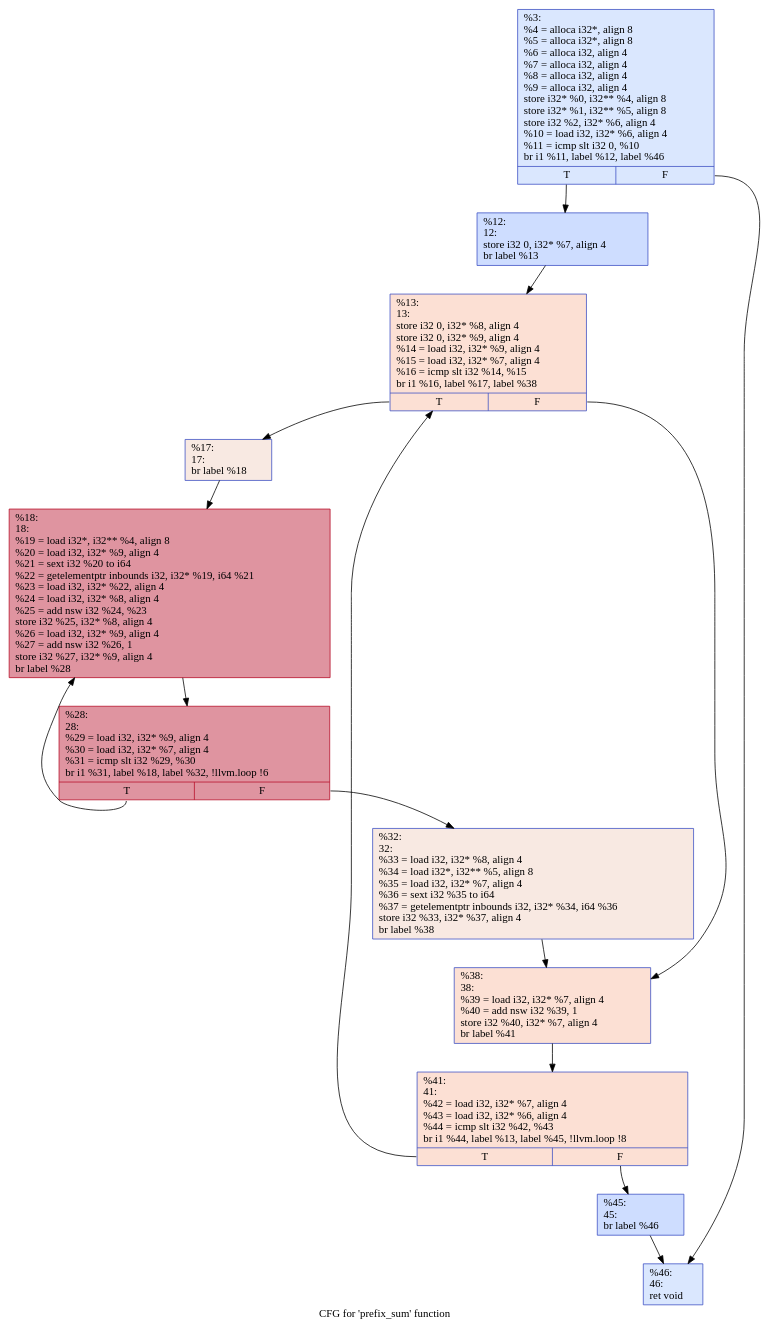
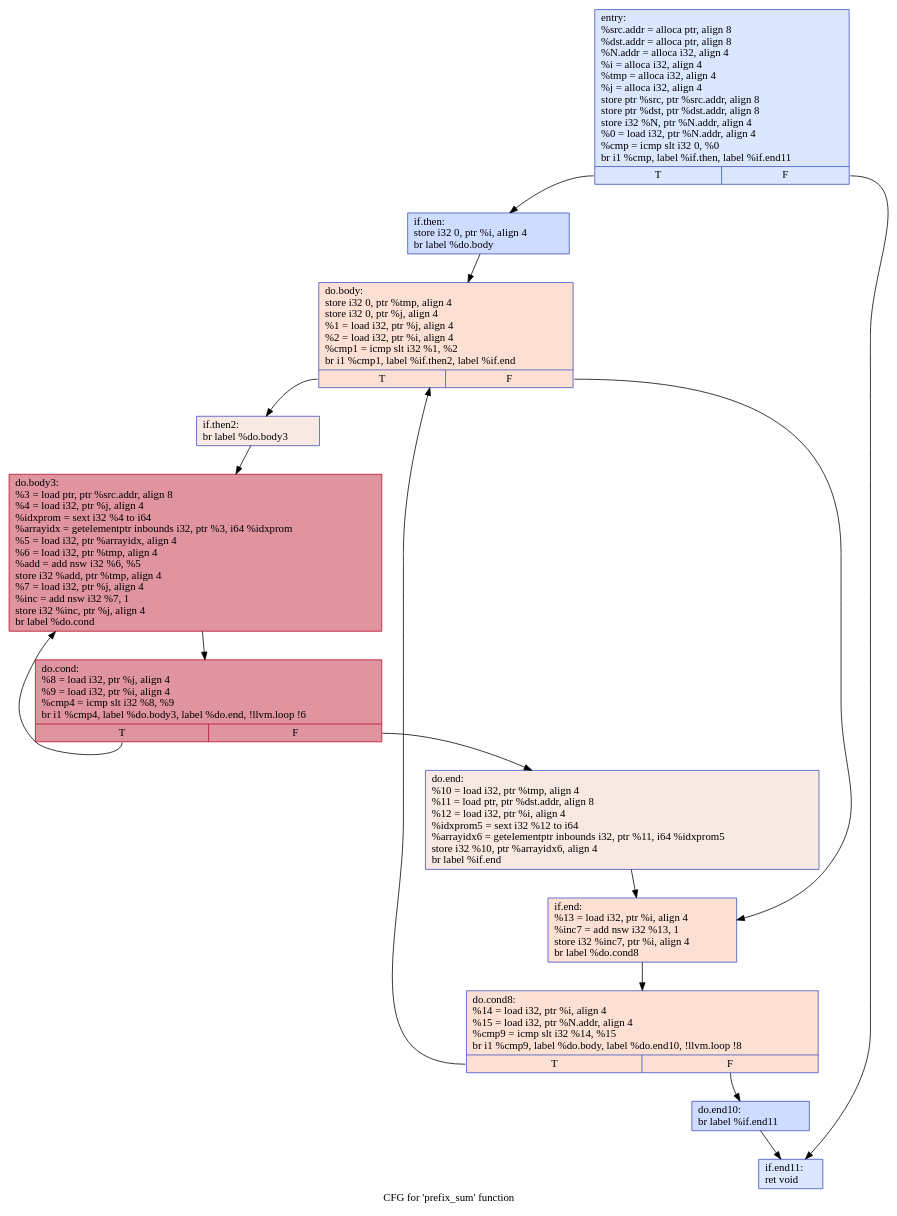
The diagram in week09/.prefix_sum.dot (SamuelCano03/Teoria-de-compiladores-CC61), drawn with Graphviz before and after one commit. The commit also changed 8 other files, not shown here.

```diff
--- a/week09/.prefix_sum.dot
+++ b/week09/.prefix_sum.dot
@@ -1,29 +1,29 @@
 digraph "CFG for 'prefix_sum' function" {
 	label="CFG for 'prefix_sum' function";
 
-	Node0x679370 [shape=record,color="#3d50c3ff", style=filled, fillcolor="#abc8fd70",label="{%3:\l  %4 = alloca i32*, align 8\l  %5 = alloca i32*, align 8\l  %6 = alloca i32, align 4\l  %7 = alloca i32, align 4\l  %8 = alloca i32, align 4\l  %9 = alloca i32, align 4\l  store i32* %0, i32** %4, align 8\l  store i32* %1, i32** %5, align 8\l  store i32 %2, i32* %6, align 4\l  %10 = load i32, i32* %6, align 4\l  %11 = icmp slt i32 0, %10\l  br i1 %11, label %12, label %46\l|{<s0>T|<s1>F}}"];
-	Node0x679370:s0 -> Node0x679ab0;
-	Node0x679370:s1 -> Node0x679da0;
-	Node0x679ab0 [shape=record,color="#3d50c3ff", style=filled, fillcolor="#8fb1fe70",label="{%12:\l12:                                               \l  store i32 0, i32* %7, align 4\l  br label %13\l}"];
-	Node0x679ab0 -> Node0x679ee0;
-	Node0x679ee0 [shape=record,color="#3d50c3ff", style=filled, fillcolor="#f7b99e70",label="{%13:\l13:                                               \l  store i32 0, i32* %8, align 4\l  store i32 0, i32* %9, align 4\l  %14 = load i32, i32* %9, align 4\l  %15 = load i32, i32* %7, align 4\l  %16 = icmp slt i32 %14, %15\l  br i1 %16, label %17, label %38\l|{<s0>T|<s1>F}}"];
-	Node0x679ee0:s0 -> Node0x67a230;
-	Node0x679ee0:s1 -> Node0x67a280;
-	Node0x67a230 [shape=record,color="#3d50c3ff", style=filled, fillcolor="#efcebd70",label="{%17:\l17:                                               \l  br label %18\l}"];
-	Node0x67a230 -> Node0x67a3c0;
-	Node0x67a3c0 [shape=record,color="#b70d28ff", style=filled, fillcolor="#b70d2870",label="{%18:\l18:                                               \l  %19 = load i32*, i32** %4, align 8\l  %20 = load i32, i32* %9, align 4\l  %21 = sext i32 %20 to i64\l  %22 = getelementptr inbounds i32, i32* %19, i64 %21\l  %23 = load i32, i32* %22, align 4\l  %24 = load i32, i32* %8, align 4\l  %25 = add nsw i32 %24, %23\l  store i32 %25, i32* %8, align 4\l  %26 = load i32, i32* %9, align 4\l  %27 = add nsw i32 %26, 1\l  store i32 %27, i32* %9, align 4\l  br label %28\l}"];
-	Node0x67a3c0 -> Node0x67a970;
-	Node0x67a970 [shape=record,color="#b70d28ff", style=filled, fillcolor="#b70d2870",label="{%28:\l28:                                               \l  %29 = load i32, i32* %9, align 4\l  %30 = load i32, i32* %7, align 4\l  %31 = icmp slt i32 %29, %30\l  br i1 %31, label %18, label %32, !llvm.loop !6\l|{<s0>T|<s1>F}}"];
-	Node0x67a970:s0 -> Node0x67a3c0;
-	Node0x67a970:s1 -> Node0x67aba0;
-	Node0x67aba0 [shape=record,color="#3d50c3ff", style=filled, fillcolor="#efcebd70",label="{%32:\l32:                                               \l  %33 = load i32, i32* %8, align 4\l  %34 = load i32*, i32** %5, align 8\l  %35 = load i32, i32* %7, align 4\l  %36 = sext i32 %35 to i64\l  %37 = getelementptr inbounds i32, i32* %34, i64 %36\l  store i32 %33, i32* %37, align 4\l  br label %38\l}"];
-	Node0x67aba0 -> Node0x67a280;
-	Node0x67a280 [shape=record,color="#3d50c3ff", style=filled, fillcolor="#f7b99e70",label="{%38:\l38:                                               \l  %39 = load i32, i32* %7, align 4\l  %40 = add nsw i32 %39, 1\l  store i32 %40, i32* %7, align 4\l  br label %41\l}"];
-	Node0x67a280 -> Node0x67beb0;
-	Node0x67beb0 [shape=record,color="#3d50c3ff", style=filled, fillcolor="#f7b99e70",label="{%41:\l41:                                               \l  %42 = load i32, i32* %7, align 4\l  %43 = load i32, i32* %6, align 4\l  %44 = icmp slt i32 %42, %43\l  br i1 %44, label %13, label %45, !llvm.loop !8\l|{<s0>T|<s1>F}}"];
-	Node0x67beb0:s0 -> Node0x679ee0;
-	Node0x67beb0:s1 -> Node0x67c0e0;
-	Node0x67c0e0 [shape=record,color="#3d50c3ff", style=filled, fillcolor="#8fb1fe70",label="{%45:\l45:                                               \l  br label %46\l}"];
-	Node0x67c0e0 -> Node0x679da0;
-	Node0x679da0 [shape=record,color="#3d50c3ff", style=filled, fillcolor="#abc8fd70",label="{%46:\l46:                                               \l  ret void\l}"];
+	Node0x5580c1a33040 [shape=record,color="#3d50c3ff", style=filled, fillcolor="#abc8fd70",label="{entry:\l  %src.addr = alloca ptr, align 8\l  %dst.addr = alloca ptr, align 8\l  %N.addr = alloca i32, align 4\l  %i = alloca i32, align 4\l  %tmp = alloca i32, align 4\l  %j = alloca i32, align 4\l  store ptr %src, ptr %src.addr, align 8\l  store ptr %dst, ptr %dst.addr, align 8\l  store i32 %N, ptr %N.addr, align 4\l  %0 = load i32, ptr %N.addr, align 4\l  %cmp = icmp slt i32 0, %0\l  br i1 %cmp, label %if.then, label %if.end11\l|{<s0>T|<s1>F}}"];
+	Node0x5580c1a33040:s0 -> Node0x5580c1a33b60;
+	Node0x5580c1a33040:s1 -> Node0x5580c1a33bd0;
+	Node0x5580c1a33b60 [shape=record,color="#3d50c3ff", style=filled, fillcolor="#8fb1fe70",label="{if.then:                                          \l  store i32 0, ptr %i, align 4\l  br label %do.body\l}"];
+	Node0x5580c1a33b60 -> Node0x5580c1a33f00;
+	Node0x5580c1a33f00 [shape=record,color="#3d50c3ff", style=filled, fillcolor="#f7b99e70",label="{do.body:                                          \l  store i32 0, ptr %tmp, align 4\l  store i32 0, ptr %j, align 4\l  %1 = load i32, ptr %j, align 4\l  %2 = load i32, ptr %i, align 4\l  %cmp1 = icmp slt i32 %1, %2\l  br i1 %cmp1, label %if.then2, label %if.end\l|{<s0>T|<s1>F}}"];
+	Node0x5580c1a33f00:s0 -> Node0x5580c1a34230;
+	Node0x5580c1a33f00:s1 -> Node0x5580c1a342b0;
+	Node0x5580c1a34230 [shape=record,color="#3d50c3ff", style=filled, fillcolor="#efcebd70",label="{if.then2:                                         \l  br label %do.body3\l}"];
+	Node0x5580c1a34230 -> Node0x5580c1a34410;
+	Node0x5580c1a34410 [shape=record,color="#b70d28ff", style=filled, fillcolor="#b70d2870",label="{do.body3:                                         \l  %3 = load ptr, ptr %src.addr, align 8\l  %4 = load i32, ptr %j, align 4\l  %idxprom = sext i32 %4 to i64\l  %arrayidx = getelementptr inbounds i32, ptr %3, i64 %idxprom\l  %5 = load i32, ptr %arrayidx, align 4\l  %6 = load i32, ptr %tmp, align 4\l  %add = add nsw i32 %6, %5\l  store i32 %add, ptr %tmp, align 4\l  %7 = load i32, ptr %j, align 4\l  %inc = add nsw i32 %7, 1\l  store i32 %inc, ptr %j, align 4\l  br label %do.cond\l}"];
+	Node0x5580c1a34410 -> Node0x5580c1a34b30;
+	Node0x5580c1a34b30 [shape=record,color="#b70d28ff", style=filled, fillcolor="#b70d2870",label="{do.cond:                                          \l  %8 = load i32, ptr %j, align 4\l  %9 = load i32, ptr %i, align 4\l  %cmp4 = icmp slt i32 %8, %9\l  br i1 %cmp4, label %do.body3, label %do.end, !llvm.loop !6\l|{<s0>T|<s1>F}}"];
+	Node0x5580c1a34b30:s0 -> Node0x5580c1a34410;
+	Node0x5580c1a34b30:s1 -> Node0x5580c1a345e0;
+	Node0x5580c1a345e0 [shape=record,color="#3d50c3ff", style=filled, fillcolor="#efcebd70",label="{do.end:                                           \l  %10 = load i32, ptr %tmp, align 4\l  %11 = load ptr, ptr %dst.addr, align 8\l  %12 = load i32, ptr %i, align 4\l  %idxprom5 = sext i32 %12 to i64\l  %arrayidx6 = getelementptr inbounds i32, ptr %11, i64 %idxprom5\l  store i32 %10, ptr %arrayidx6, align 4\l  br label %if.end\l}"];
+	Node0x5580c1a345e0 -> Node0x5580c1a342b0;
+	Node0x5580c1a342b0 [shape=record,color="#3d50c3ff", style=filled, fillcolor="#f7b99e70",label="{if.end:                                           \l  %13 = load i32, ptr %i, align 4\l  %inc7 = add nsw i32 %13, 1\l  store i32 %inc7, ptr %i, align 4\l  br label %do.cond8\l}"];
+	Node0x5580c1a342b0 -> Node0x5580c1a362f0;
+	Node0x5580c1a362f0 [shape=record,color="#3d50c3ff", style=filled, fillcolor="#f7b99e70",label="{do.cond8:                                         \l  %14 = load i32, ptr %i, align 4\l  %15 = load i32, ptr %N.addr, align 4\l  %cmp9 = icmp slt i32 %14, %15\l  br i1 %cmp9, label %do.body, label %do.end10, !llvm.loop !8\l|{<s0>T|<s1>F}}"];
+	Node0x5580c1a362f0:s0 -> Node0x5580c1a33f00;
+	Node0x5580c1a362f0:s1 -> Node0x5580c1a36570;
+	Node0x5580c1a36570 [shape=record,color="#3d50c3ff", style=filled, fillcolor="#8fb1fe70",label="{do.end10:                                         \l  br label %if.end11\l}"];
+	Node0x5580c1a36570 -> Node0x5580c1a33bd0;
+	Node0x5580c1a33bd0 [shape=record,color="#3d50c3ff", style=filled, fillcolor="#abc8fd70",label="{if.end11:                                         \l  ret void\l}"];
 }
```
